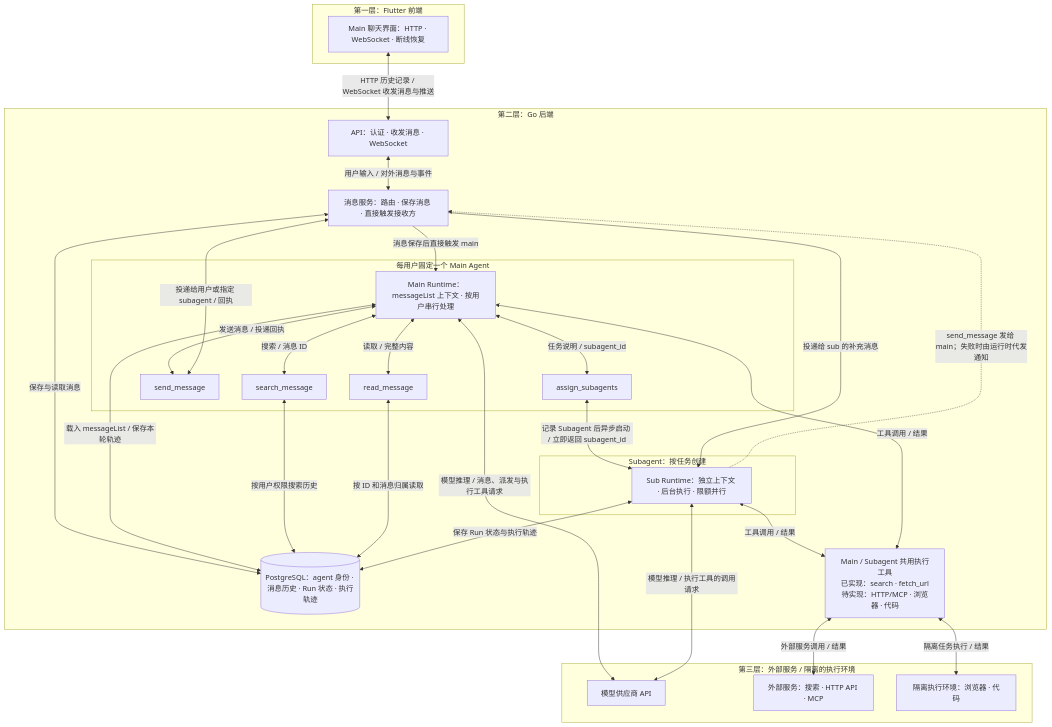
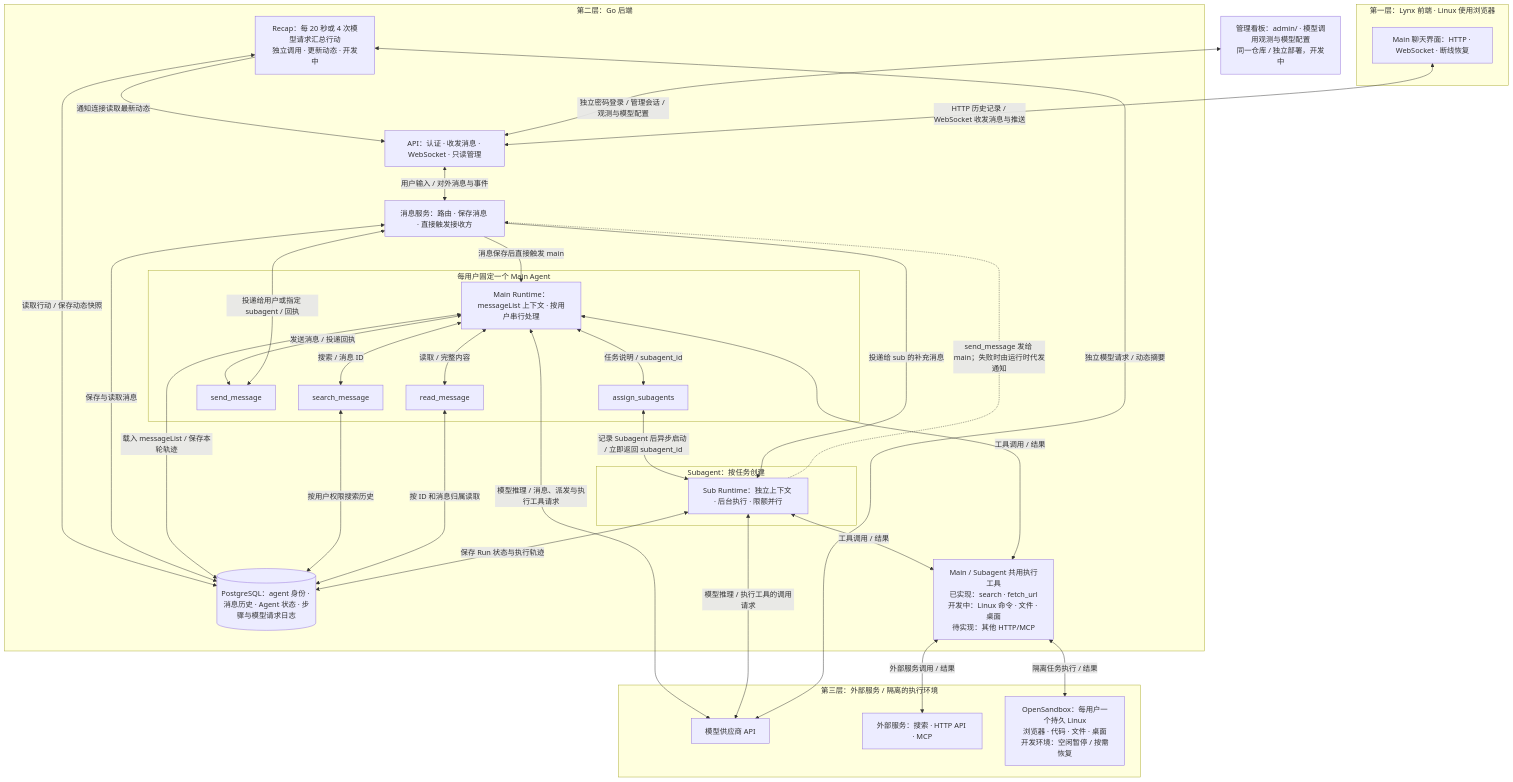
One commit to OmniNetOpensource/aether-personal changed the diagram in docs/architecture.mmd. Above: the diagram before and after it, drawn with Mermaid. The commit also changed 11 other files, not shown here.

```diff
--- a/docs/architecture.mmd
+++ b/docs/architecture.mmd
@@ -1,56 +1,63 @@
 flowchart TD
-    subgraph L1["第一层：Flutter 前端"]
-        FLUTTER["Main 聊天界面：HTTP · WebSocket · 断线恢复"]
+    subgraph L1["第一层：Lynx 前端 · Linux 使用浏览器"]
+        CLIENT["Main 聊天界面：HTTP · WebSocket · 断线恢复"]
     end
 
     subgraph L2["第二层：Go 后端"]
-        API["API：认证 · 收发消息 · WebSocket"]
+        API["API：认证 · 收发消息 · WebSocket · 只读管理"]
         MESSAGES["消息服务：路由 · 保存消息 · 直接触发接收方"]
-        DB[("PostgreSQL：agent 身份 · 消息历史 · Run 状态 · 执行轨迹")]
+        DB[("PostgreSQL：agent 身份 · 消息历史 · Agent 状态 · 步骤与模型请求日志")]
 
         subgraph MAINBOX["每用户固定一个 Main Agent"]
             MAIN["Main Runtime：messageList 上下文 · 按用户串行处理"]
             ASSIGN["assign_subagents"]
             SEND["send_message"]
             SEARCH["search_message"]
             READ["read_message"]
 
             MAIN <-->|"任务说明 / subagent_id"| ASSIGN
             MAIN <-->|"发送消息 / 投递回执"| SEND
             MAIN <-->|"搜索 / 消息 ID"| SEARCH
             MAIN <-->|"读取 / 完整内容"| READ
         end
 
         subgraph SUBBOX["Subagent：按任务创建"]
             SUB["Sub Runtime：独立上下文 · 后台执行 · 限额并行"]
         end
 
-        TOOLS["Main / Subagent 共用执行工具<br/>已实现：search · fetch_url<br/>待实现：HTTP/MCP · 浏览器 · 代码"]
+        RECAP["Recap：每 20 秒或 4 次模型请求汇总行动<br/>独立调用 · 更新动态 · 开发中"]
+        RECAP <-->|"读取行动 / 保存动态快照"| DB
+        RECAP -->|"通知连接读取最新动态"| API
+
+        TOOLS["Main / Subagent 共用执行工具<br/>已实现：search · fetch_url<br/>开发中：Linux 命令 · 文件 · 桌面<br/>待实现：其他 HTTP/MCP"]
         SUB <-->|"工具调用 / 结果"| TOOLS
         MAIN <-->|"工具调用 / 结果"| TOOLS
         API <-->|"用户输入 / 对外消息与事件"| MESSAGES
         MESSAGES <-->|"保存与读取消息"| DB
         MESSAGES -->|"消息保存后直接触发 main"| MAIN
         MAIN <-->|"载入 messageList / 保存本轮轨迹"| DB
 
         ASSIGN <-->|"记录 Subagent 后异步启动 / 立即返回 subagent_id"| SUB
         SEND <-->|"投递给用户或指定 subagent / 回执"| MESSAGES
         SEARCH <-->|"按用户权限搜索历史"| DB
         READ <-->|"按 ID 和消息归属读取"| DB
 
         MESSAGES -->|"投递给 sub 的补充消息"| SUB
         SUB -.->|"send_message 发给 main；失败时由运行时代发通知"| MESSAGES
         SUB <-->|"保存 Run 状态与执行轨迹"| DB
     end
 
     subgraph L3["第三层：外部服务 / 隔离的执行环境"]
         MODEL["模型供应商 API"]
         EXTERNAL["外部服务：搜索 · HTTP API · MCP"]
-        SANDBOX["隔离执行环境：浏览器 · 代码"]
+        SANDBOX["OpenSandbox：每用户一个持久 Linux<br/>浏览器 · 代码 · 文件 · 桌面<br/>开发环境：空闲暂停 / 按需恢复"]
     end
 
-    FLUTTER <-->|"HTTP 历史记录 / WebSocket 收发消息与推送"| API
+    ADMIN["管理看板：admin/ · 模型调用观测与模型配置<br/>同一仓库 / 独立部署，开发中"]
+    ADMIN <-->|"独立密码登录 / 管理会话 / 观测与模型配置"| API
+    CLIENT <-->|"HTTP 历史记录 / WebSocket 收发消息与推送"| API
     MAIN <-->|"模型推理 / 消息、派发与执行工具请求"| MODEL
     SUB <-->|"模型推理 / 执行工具的调用请求"| MODEL
+    RECAP <-->|"独立模型请求 / 动态摘要"| MODEL
     TOOLS <-->|"外部服务调用 / 结果"| EXTERNAL
     TOOLS <-->|"隔离任务执行 / 结果"| SANDBOX
```
